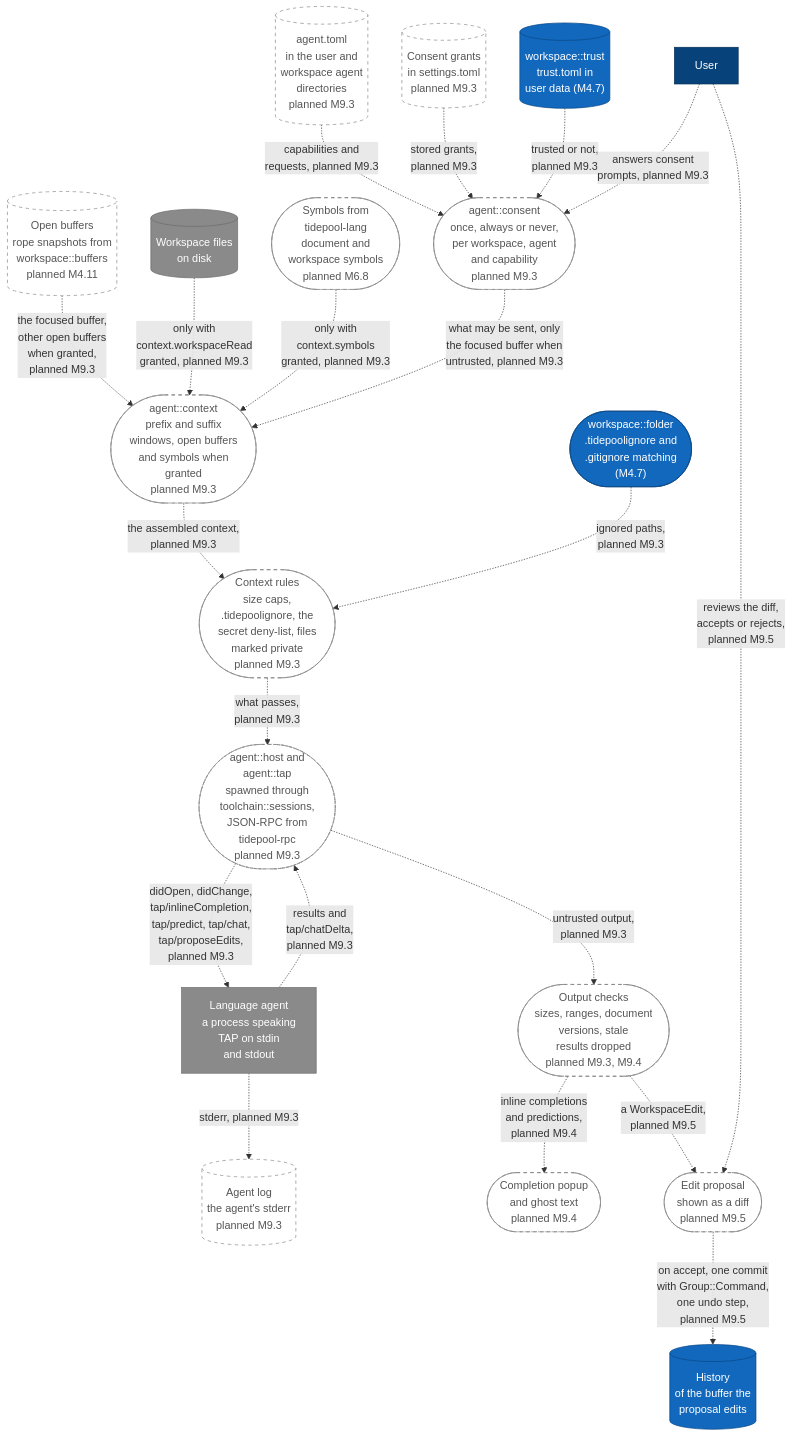
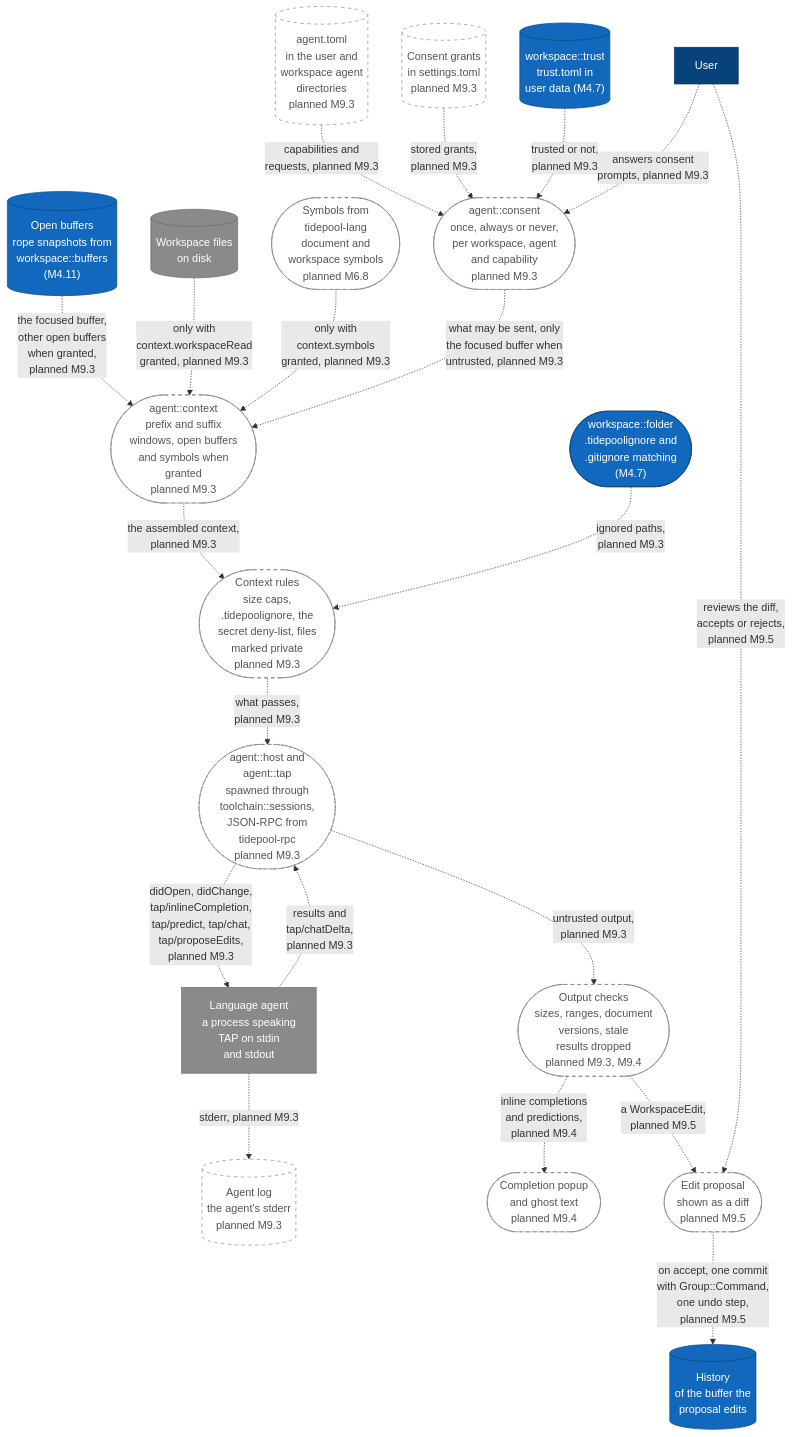
The fifth of 19 diagrams in diagrams/data-flow-and-state.md (jabbott-iii/Tidepool), drawn with Mermaid before and after one commit. The commit also changed other lines of this file and 50 other files, not shown here.

First line of the commit message:
feat(workspace,text): buffers, file tree and sessions (M4.11, ADR-0069)

````diff
--- a/diagrams/data-flow-and-state.md
+++ b/diagrams/data-flow-and-state.md
@@ -255,52 +297,52 @@
 ```mermaid
 flowchart TB
     user["User"]
     agentProc["Language agent<br/>a process speaking<br/>TAP on stdin<br/>and stdout"]
     files[("Workspace files<br/>on disk")]
-    buffers[("Open buffers<br/>rope snapshots from<br/>workspace::buffers<br/>planned M4.11")]
+    buffers[("Open buffers<br/>rope snapshots from<br/>workspace::buffers<br/>(M4.11)")]
     symbols(["Symbols from<br/>tidepool-lang<br/>document and<br/>workspace symbols<br/>planned M6.8"])
     manifest[("agent.toml<br/>in the user and<br/>workspace agent<br/>directories<br/>planned M9.3")]
     grants[("Consent grants<br/>in settings.toml<br/>planned M9.3")]
     trustStore[("workspace::trust<br/>trust.toml in<br/>user data (M4.7)")]
     ignore(["workspace::folder<br/>.tidepoolignore and<br/>.gitignore matching<br/>(M4.7)"])
     consent(["agent::consent<br/>once, always or never,<br/>per workspace, agent<br/>and capability<br/>planned M9.3"])
     context(["agent::context<br/>prefix and suffix<br/>windows, open buffers<br/>and symbols when<br/>granted<br/>planned M9.3"])
     rules(["Context rules<br/>size caps,<br/>.tidepoolignore, the<br/>secret deny-list, files<br/>marked private<br/>planned M9.3"])
     host(["agent::host and<br/>agent::tap<br/>spawned through<br/>toolchain::sessions,<br/>JSON-RPC from<br/>tidepool-rpc<br/>planned M9.3"])
     agentLog[("Agent log<br/>the agent's stderr<br/>planned M9.3")]
     checks(["Output checks<br/>sizes, ranges, document<br/>versions, stale<br/>results dropped<br/>planned M9.3, M9.4"])
     ghost(["Completion popup<br/>and ghost text<br/>planned M9.4"])
     proposal(["Edit proposal<br/>shown as a diff<br/>planned M9.5"])
     hist[("History<br/>of the buffer the<br/>proposal edits")]
 
     buffers -.->|"the focused buffer,<br/>other open buffers<br/>when granted,<br/>planned M9.3"| context
     files -.->|"only with<br/>context.workspaceRead<br/>granted, planned M9.3"| context
     symbols -.->|"only with<br/>context.symbols<br/>granted, planned M9.3"| context
     manifest -.->|"capabilities and<br/>requests, planned M9.3"| consent
     grants -.->|"stored grants,<br/>planned M9.3"| consent
     trustStore -.->|"trusted or not,<br/>planned M9.3"| consent
     user -.->|"answers consent<br/>prompts, planned M9.3"| consent
     consent -.->|"what may be sent, only<br/>the focused buffer when<br/>untrusted, planned M9.3"| context
     context -.->|"the assembled context,<br/>planned M9.3"| rules
     ignore -.->|"ignored paths,<br/>planned M9.3"| rules
     rules -.->|"what passes,<br/>planned M9.3"| host
     host -.->|"didOpen, didChange,<br/>tap/inlineCompletion,<br/>tap/predict, tap/chat,<br/>tap/proposeEdits,<br/>planned M9.3"| agentProc
     agentProc -.->|"results and<br/>tap/chatDelta,<br/>planned M9.3"| host
     agentProc -.->|"stderr, planned M9.3"| agentLog
     host -.->|"untrusted output,<br/>planned M9.3"| checks
     checks -.->|"inline completions<br/>and predictions,<br/>planned M9.4"| ghost
     checks -.->|"a WorkspaceEdit,<br/>planned M9.5"| proposal
     user -.->|"reviews the diff,<br/>accepts or rejects,<br/>planned M9.5"| proposal
     proposal -.->|"on accept, one commit<br/>with Group::Command,<br/>one undo step,<br/>planned M9.5"| hist
 
     classDef person fill:#08427b,stroke:#052e56,color:#ffffff
     classDef built fill:#1168bd,stroke:#0b4884,color:#ffffff
     classDef external fill:#8a8a8a,stroke:#6b6b6b,color:#ffffff
     classDef planned fill:#ffffff,stroke:#888888,stroke-dasharray: 5 5,color:#555555
     classDef store fill:#1168bd,stroke:#0b4884,color:#ffffff
     class user person
     class agentProc,files external
-    class hist,trustStore store
+    class hist,trustStore,buffers store
     class ignore built
-    class buffers,symbols,manifest,grants,consent,context,rules,host,agentLog,checks,ghost,proposal planned
+    class symbols,manifest,grants,consent,context,rules,host,agentLog,checks,ghost,proposal planned
 ```
````
